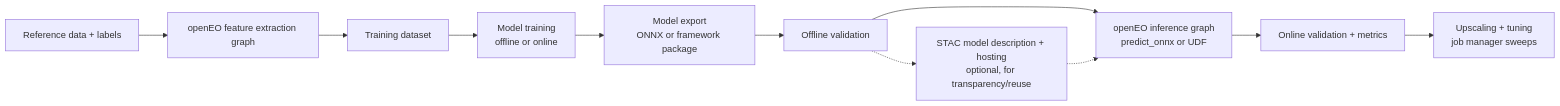
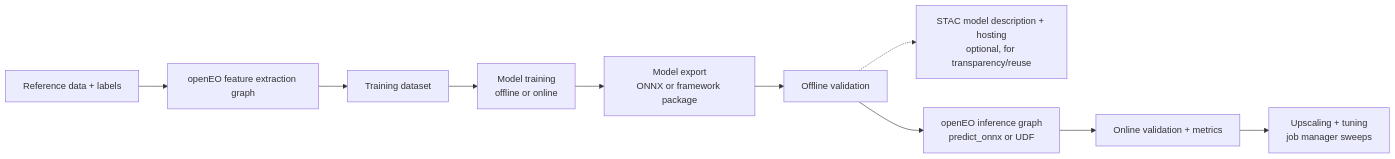
The diagram in documentation/ai_playbook.qmd (Open-EO/openeo-docs), drawn with Mermaid before and after one commit. The commit also changed other lines of this file, not shown here.

````diff
--- a/documentation/ai_playbook.qmd
+++ b/documentation/ai_playbook.qmd
@@ -28,13 +35,12 @@
 ```mermaid
 flowchart LR
   A[Reference data + labels] --> B[openEO feature extraction graph]
   B --> C[Training dataset]
   C --> D[Model training<br/>offline or online]
   D --> E[Model export<br/>ONNX or framework package]
   E --> F[Offline validation]
   F -.-> G[STAC model description + hosting<br/>optional, for transparency/reuse]
   F --> H[openEO inference graph<br/>predict_onnx or UDF]
-  G -.-> H
   H --> I[Online validation + metrics]
   I --> J[Upscaling + tuning<br/>job manager sweeps]
 ```
````
